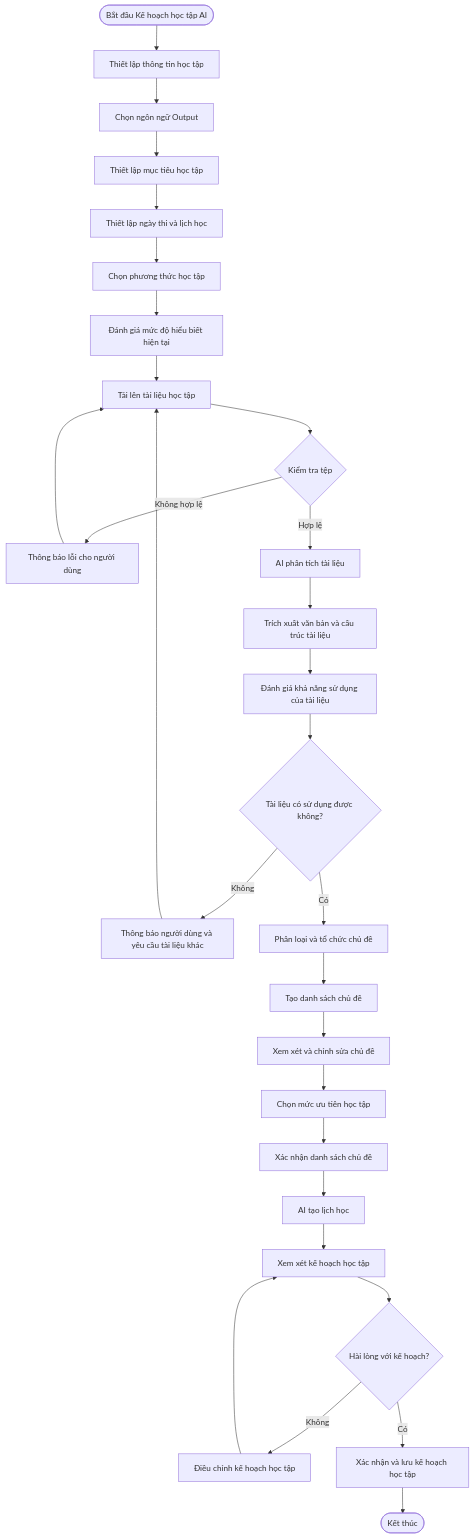
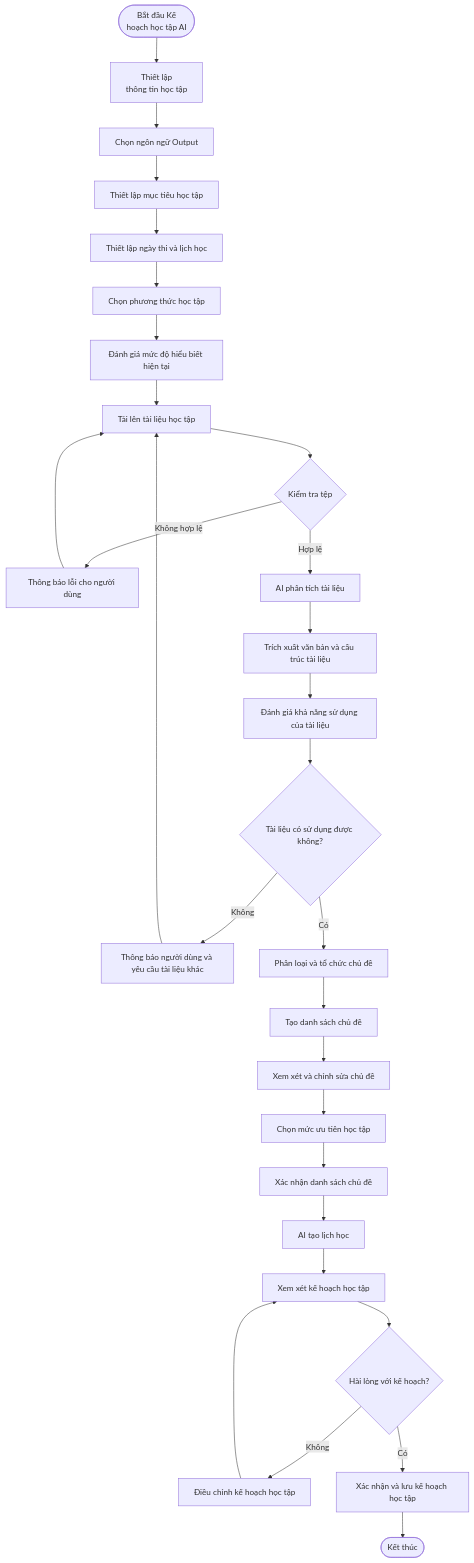
The diagram in Features/AI-Study-Planner/feature-specification.md (ThuyTrang27/-Study-Pulse-Project-Overview), drawn with Mermaid before and after one commit.

Commit message:
update P3.2 second

````diff
--- a/Features/AI-Study-Planner/feature-specification.md
+++ b/Features/AI-Study-Planner/feature-specification.md
@@ -120,40 +120,42 @@
 ```mermaid
 flowchart TD
-    A([ Bắt đầu Kế hoạch học tập AI ]) --> B[ Thiết lập thông tin học tập ]
+    A([ Bắt đầu Kế
+    hoạch học tập AI ]) --> B[ Thiết lập
+    thông tin học tập ]
 
     B --> B1[ Chọn ngôn ngữ Output ]
     B1 --> B2[ Thiết lập mục tiêu học tập ]
     B2 --> B3[ Thiết lập ngày thi và lịch học ]
     B3 --> B4[ Chọn phương thức học tập ]
     B4 --> B5[ Đánh giá mức độ hiểu biết hiện tại ]
 
     B5 --> C[ Tải lên tài liệu học tập ]
     C --> D{ Kiểm tra tệp }
 
     D -->|Không hợp lệ| E[ Thông báo lỗi cho người dùng ]
     E --> C
 
     D -->|Hợp lệ| F[ AI phân tích tài liệu ]
     F --> G[Trích xuất văn bản và cấu trúc tài liệu]
     G --> H[Đánh giá khả năng sử dụng của tài liệu]
 
     H --> I{Tài liệu có sử dụng được không?}
     I -->|Không| J[Thông báo người dùng và yêu cầu tài liệu khác]
     J --> C
 
     I -->|Có| K[Phân loại và tổ chức chủ đề]
     K --> L[Tạo danh sách chủ đề]
     L --> M[Xem xét và chỉnh sửa chủ đề]
     M --> N[Chọn mức ưu tiên học tập]
     N --> O[Xác nhận danh sách chủ đề]
 
     O --> P[AI tạo lịch học]
     P --> Q[Xem xét kế hoạch học tập]
     Q --> R{Hài lòng với kế hoạch?}
 
     R -->|Không| S[Điều chỉnh kế hoạch học tập]
     S --> Q
 
     R -->|Có| T[Xác nhận và lưu kế hoạch học tập]
     T --> U([Kết thúc])
 ```
````
